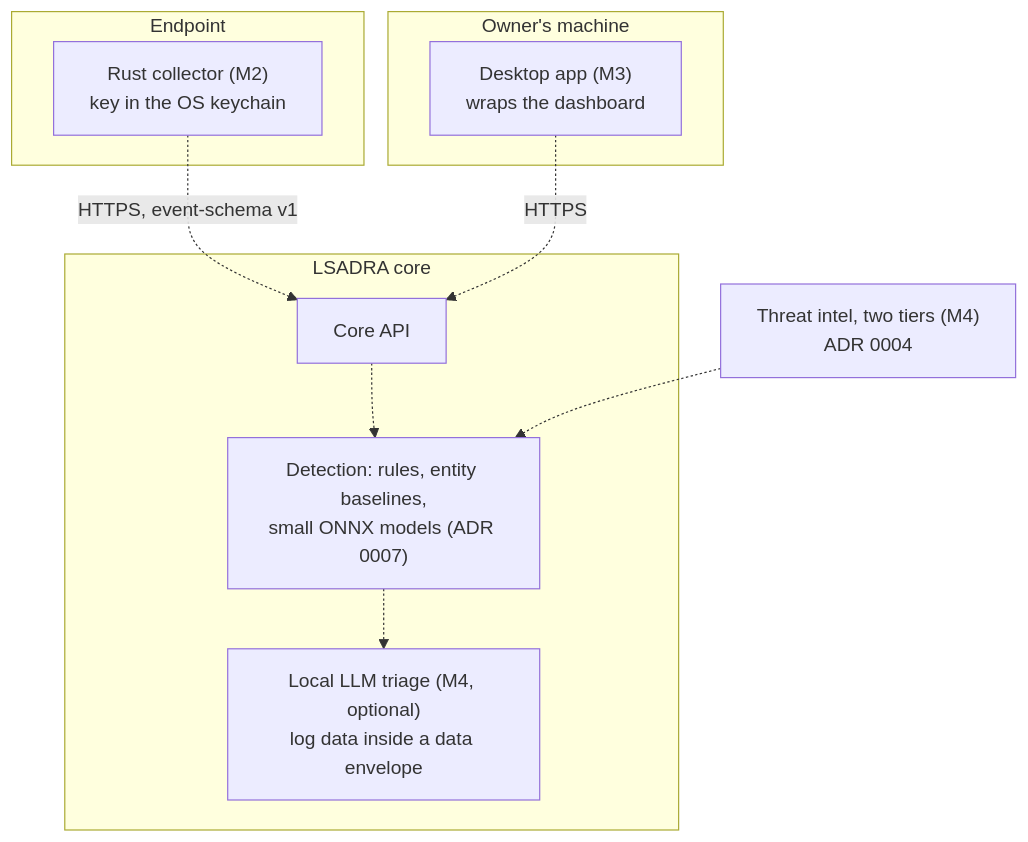
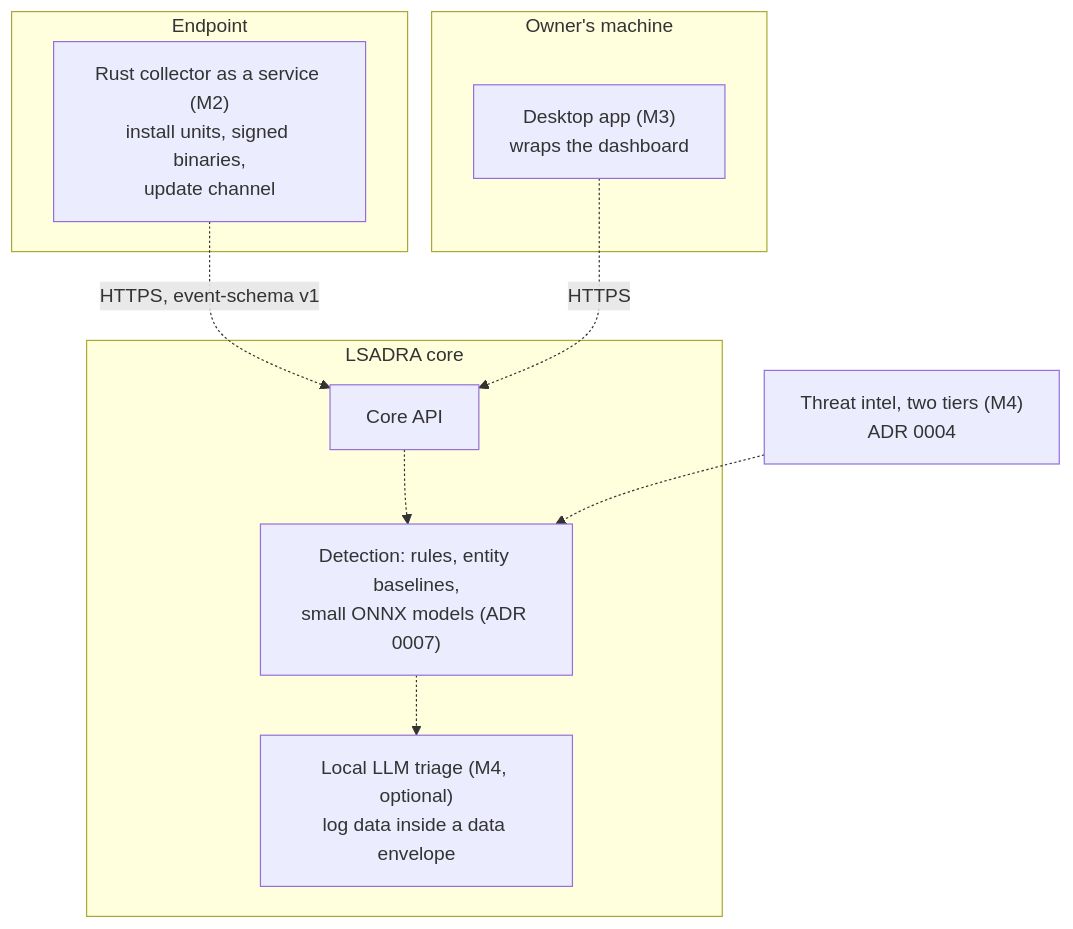
The fourth of 4 diagrams in docs/architecture/c4.md (tsmanral/lsadra), drawn with Mermaid before and after one commit. The commit also changed other lines of this file and 2 other files, not shown here.

First line of the commit message:
docs: reflect the Rust collectors and product threat model now on main

````diff
--- a/docs/architecture/c4.md
+++ b/docs/architecture/c4.md
@@ -170,21 +172,21 @@
 ```mermaid
 flowchart TB
     subgraph endpoint["Endpoint"]
-        rs["Rust collector (M2)<br/>key in the OS keychain"]
+        rs["Rust collector as a service (M2)<br/>install units, signed binaries,<br/>update channel"]
     end
     subgraph desktop["Owner's machine"]
         app["Desktop app (M3)<br/>wraps the dashboard"]
     end
     subgraph core["LSADRA core"]
         api["Core API"]
         det["Detection: rules, entity baselines,<br/>small ONNX models (ADR 0007)"]
         llm["Local LLM triage (M4, optional)<br/>log data inside a data envelope"]
     end
     intel["Threat intel, two tiers (M4)<br/>ADR 0004"]
 
     rs -. "HTTPS, event-schema v1" .-> api
     app -. "HTTPS" .-> api
     api -.-> det
     det -.-> llm
     intel -.-> det
 ```
````
